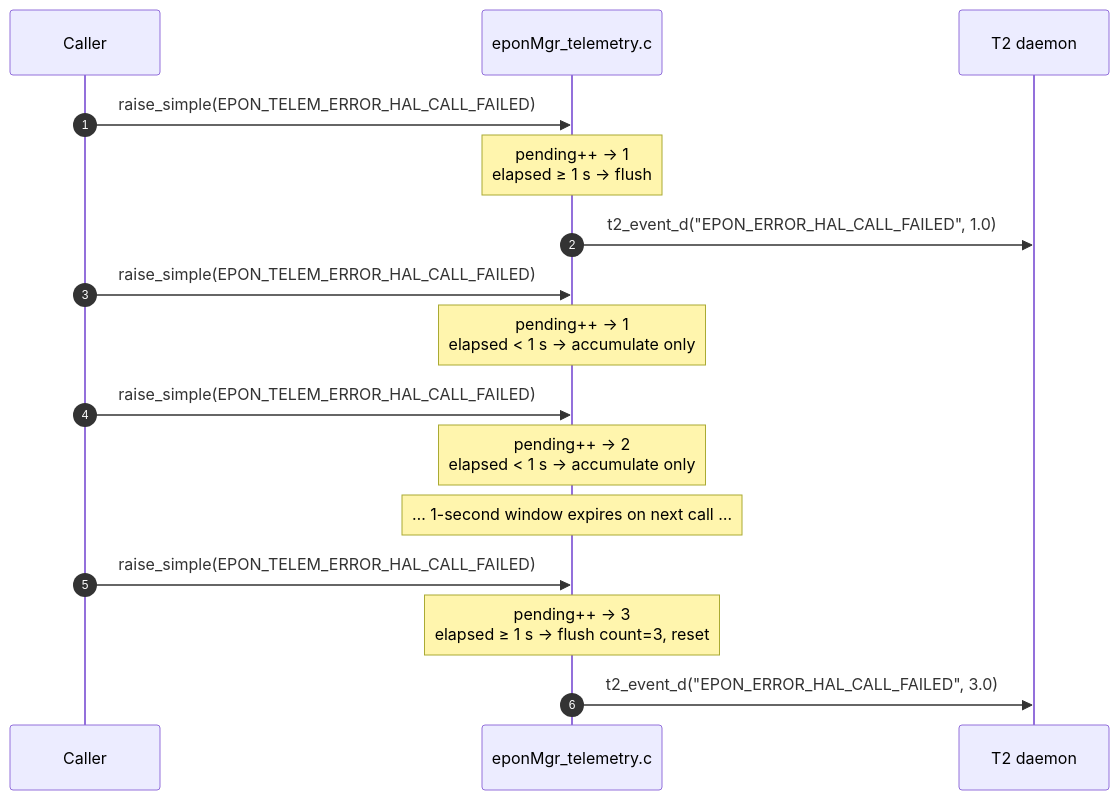
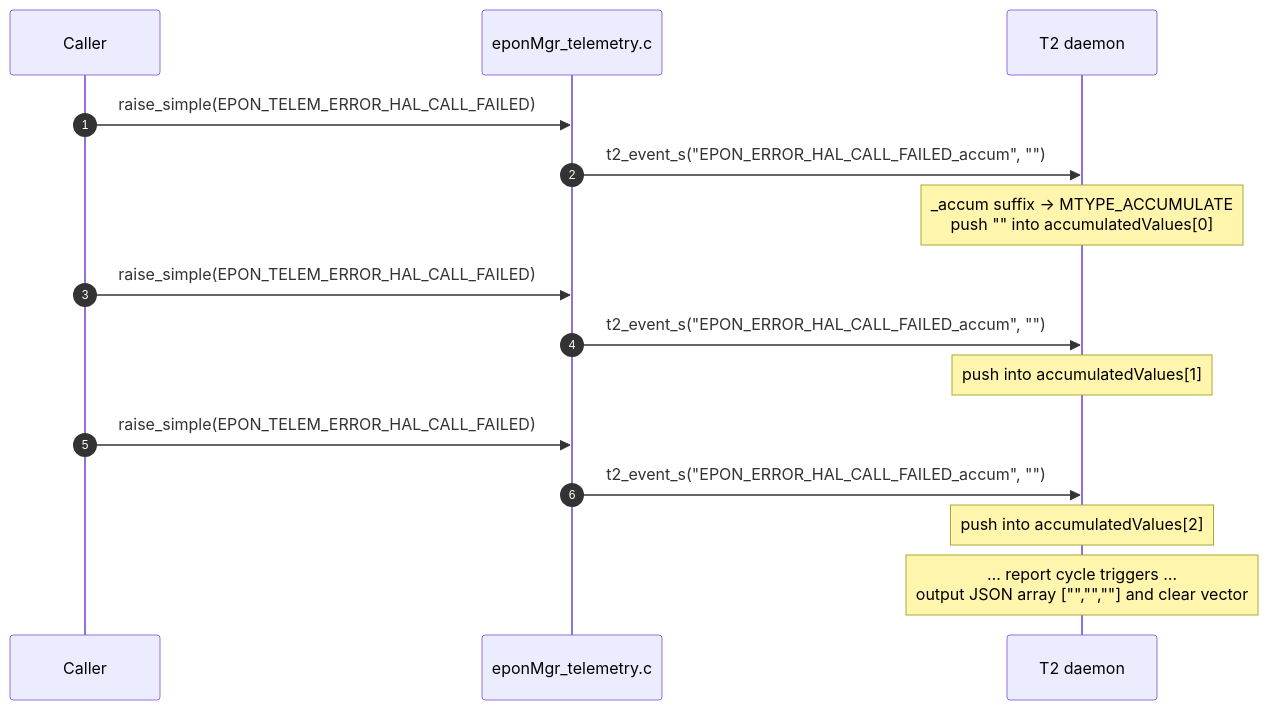
Before and after one commit to rdkcentral/epon-manager: the fourth of 7 diagrams in design_docs/07_Telemetry_Design.md, drawn with Mermaid. The commit also changed other lines of this file and 1 other file, not shown here.

First line of the commit message:
telemetry: use _accum suffix for error markers instead of internal rate-limiting

````diff
--- a/design_docs/07_Telemetry_Design.md
+++ b/design_docs/07_Telemetry_Design.md
@@ -300,22 +293,21 @@
 ```mermaid
 sequenceDiagram
     autonumber
     participant Caller
     participant Telem as eponMgr_telemetry.c
     participant T2 as T2 daemon
 
     Caller->>Telem: raise_simple(EPON_TELEM_ERROR_HAL_CALL_FAILED)
-    Note over Telem: pending++ → 1<br/>elapsed ≥ 1 s → flush
-    Telem->>T2: t2_event_d("EPON_ERROR_HAL_CALL_FAILED", 1.0)
+    Telem->>T2: t2_event_s("EPON_ERROR_HAL_CALL_FAILED_accum", "")
+    Note over T2: _accum suffix → MTYPE_ACCUMULATE<br/>push "" into accumulatedValues[0]
 
     Caller->>Telem: raise_simple(EPON_TELEM_ERROR_HAL_CALL_FAILED)
-    Note over Telem: pending++ → 1<br/>elapsed < 1 s → accumulate only
-    Caller->>Telem: raise_simple(EPON_TELEM_ERROR_HAL_CALL_FAILED)
-    Note over Telem: pending++ → 2<br/>elapsed < 1 s → accumulate only
-
-    Note over Telem: … 1-second window expires on next call …
+    Telem->>T2: t2_event_s("EPON_ERROR_HAL_CALL_FAILED_accum", "")
+    Note over T2: push into accumulatedValues[1]
 
     Caller->>Telem: raise_simple(EPON_TELEM_ERROR_HAL_CALL_FAILED)
-    Note over Telem: pending++ → 3<br/>elapsed ≥ 1 s → flush count=3, reset
-    Telem->>T2: t2_event_d("EPON_ERROR_HAL_CALL_FAILED", 3.0)
+    Telem->>T2: t2_event_s("EPON_ERROR_HAL_CALL_FAILED_accum", "")
+    Note over T2: push into accumulatedValues[2]
+
+    Note over T2: … report cycle triggers …<br/>output JSON array ["","",""] and clear vector
 ```
````
